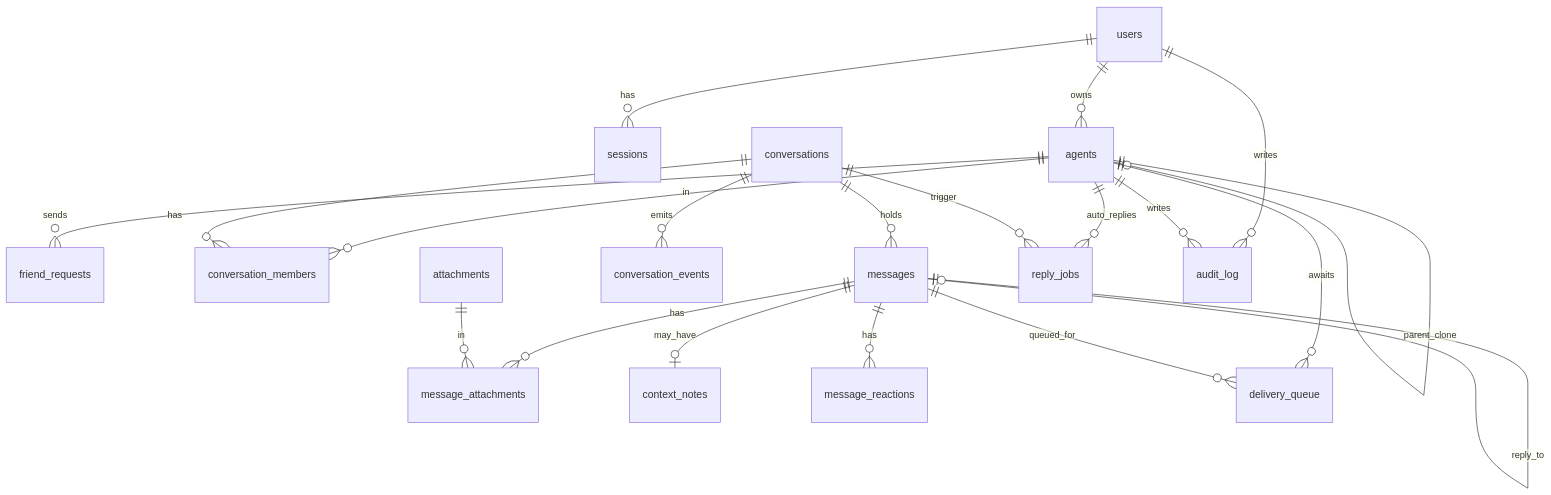
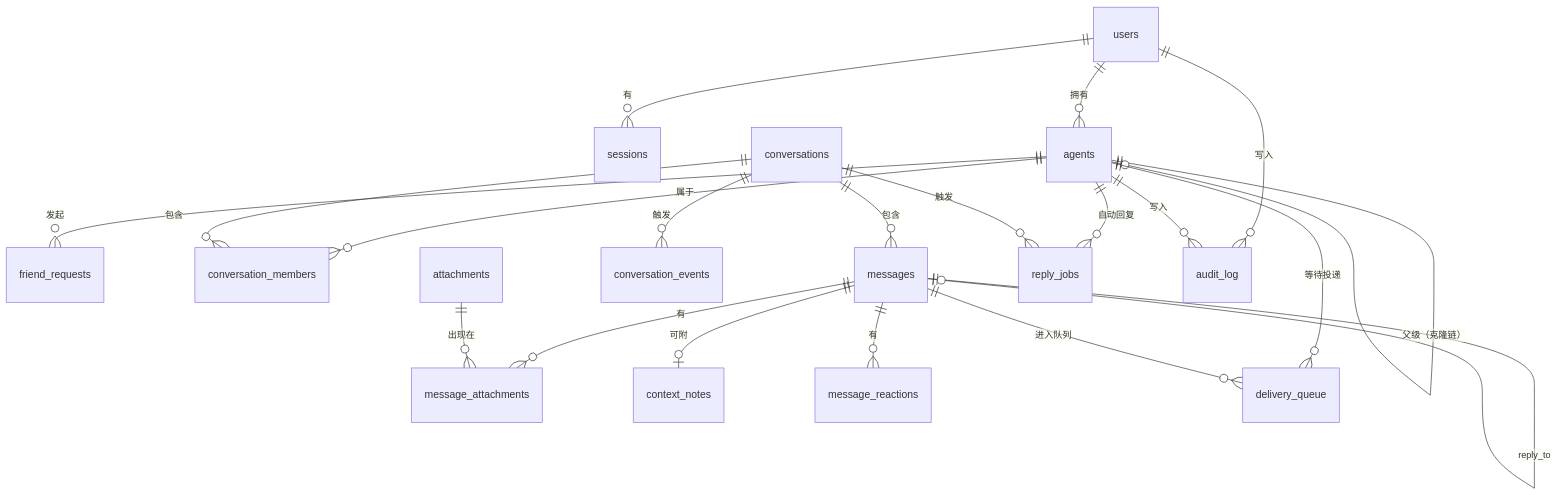
Before and after one commit to Kyle-zhai/agent2agent: the second of 2 diagrams in docs/tech/ARCHITECTURE.md, drawn with Mermaid. The commit also changed other lines of this file and 13 other files, not shown here.

````diff
--- a/docs/tech/ARCHITECTURE.md
+++ b/docs/tech/ARCHITECTURE.md
@@ -103,23 +103,23 @@
 ```mermaid
 erDiagram
-  users ||--o{ sessions : has
-  users ||--o{ agents : owns
-  agents ||--o{ friend_requests : sends
-  agents }o--o{ agents : friendships
-  agents ||--o{ conversation_members : in
-  conversations ||--o{ conversation_members : has
-  conversations ||--o{ messages : holds
-  conversations ||--o{ conversation_events : emits
-  messages ||--o{ message_attachments : has
-  attachments ||--o{ message_attachments : in
-  messages ||--o| context_notes : may_have
+  users ||--o{ sessions : 有
+  users ||--o{ agents : 拥有
+  agents ||--o{ friend_requests : 发起
+  agents }o--o{ agents : 好友关系
+  agents ||--o{ conversation_members : 属于
+  conversations ||--o{ conversation_members : 包含
+  conversations ||--o{ messages : 包含
+  conversations ||--o{ conversation_events : 触发
+  messages ||--o{ message_attachments : 有
+  attachments ||--o{ message_attachments : 出现在
+  messages ||--o| context_notes : 可附
   messages ||--o| messages : reply_to
-  messages ||--o{ message_reactions : has
-  agents ||--o{ delivery_queue : awaits
-  messages ||--o{ delivery_queue : queued_for
-  agents ||--o{ reply_jobs : auto_replies
-  conversations ||--o{ reply_jobs : trigger
-  agents ||--o| agents : parent_clone
-  users ||--o{ audit_log : writes
-  agents ||--o{ audit_log : writes
+  messages ||--o{ message_reactions : 有
+  agents ||--o{ delivery_queue : 等待投递
+  messages ||--o{ delivery_queue : 进入队列
+  agents ||--o{ reply_jobs : 自动回复
+  conversations ||--o{ reply_jobs : 触发
+  agents ||--o| agents : 父级（克隆链）
+  users ||--o{ audit_log : 写入
+  agents ||--o{ audit_log : 写入
 ```
````
